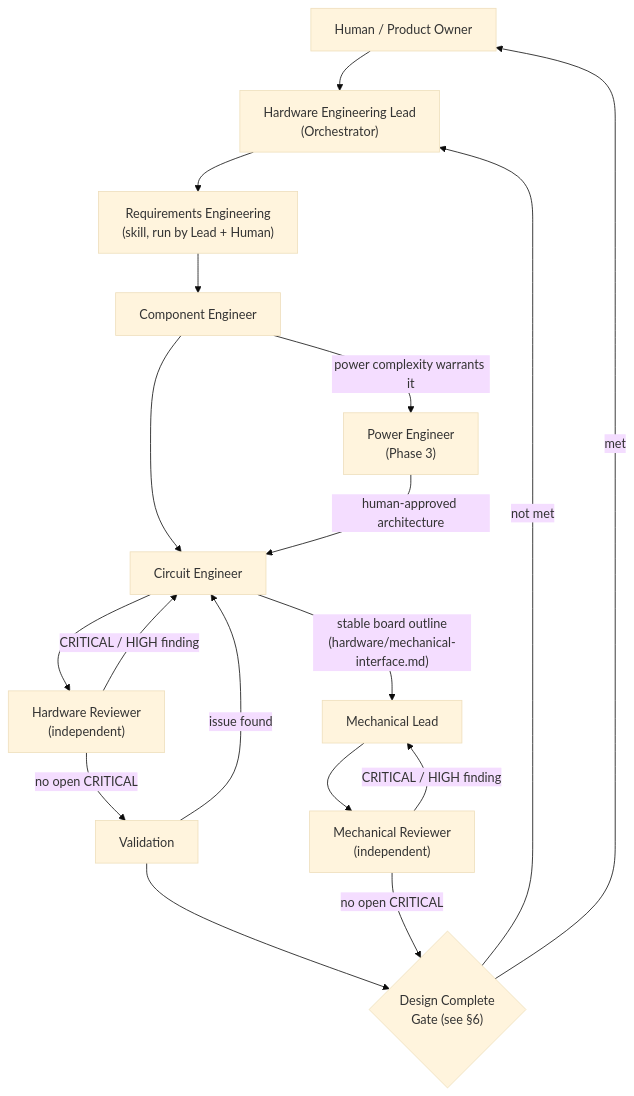
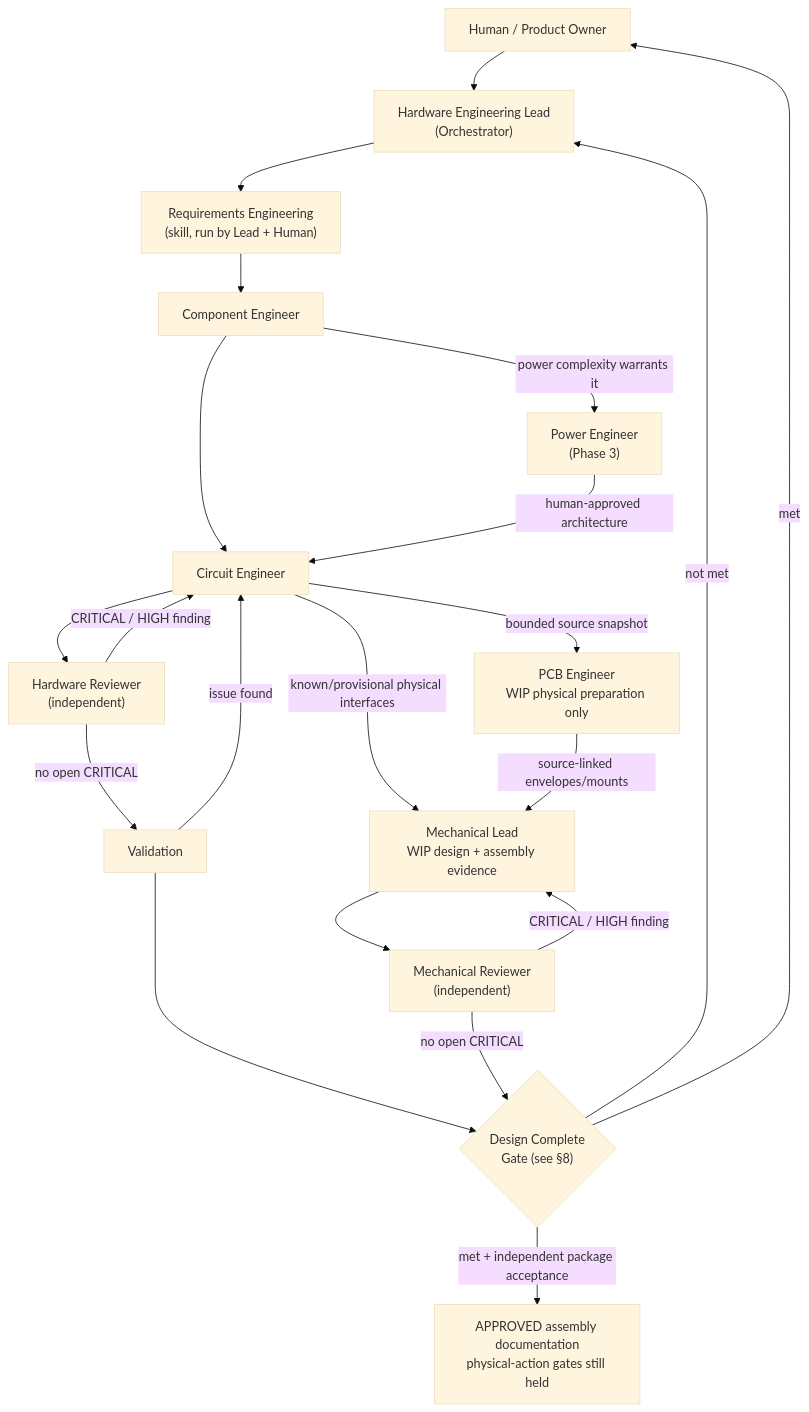
One commit to ktanino10/ai-hardware-engineering-team changed the diagram in docs/architecture.md. Above: the diagram before and after it, drawn with Mermaid (base theme). The commit also changed other lines of this file and 9 other files, not shown here.

First line of the commit message:
fix(workflow): guard evidence paths and scope early PCB preparation

````diff
--- a/docs/architecture.md
+++ b/docs/architecture.md
@@ -27,20 +27,23 @@
 ```mermaid
 flowchart TD
     H["Human / Product Owner"] --> L["Hardware Engineering Lead\n(Orchestrator)"]
     L --> RE["Requirements Engineering\n(skill, run by Lead + Human)"]
     RE --> CE["Component Engineer"]
     CE --> CIR["Circuit Engineer"]
     CE -- "power complexity warrants it" --> PE["Power Engineer\n(Phase 3)"]
     PE -- "human-approved architecture" --> CIR
     CIR --> REV["Hardware Reviewer\n(independent)"]
     REV -- "CRITICAL / HIGH finding" --> CIR
     REV -- "no open CRITICAL" --> VAL["Validation"]
     VAL -- "issue found" --> CIR
-    VAL --> GATE{"Design Complete\nGate (see §6)"}
-    CIR -- "stable board outline\n(hardware/mechanical-interface.md)" --> ML["Mechanical Lead"]
+    VAL --> GATE{"Design Complete\nGate (see §8)"}
+    CIR -- "known/provisional physical interfaces" --> ML["Mechanical Lead\nWIP design + assembly evidence"]
+    CIR -- "bounded source snapshot" --> PCBWIP["PCB Engineer\nWIP physical preparation only"]
+    PCBWIP -- "source-linked envelopes/mounts" --> ML
     ML --> MREV["Mechanical Reviewer\n(independent)"]
     MREV -- "CRITICAL / HIGH finding" --> ML
     MREV -- "no open CRITICAL" --> GATE
     GATE -- "not met" --> L
     GATE -- "met" --> H
+    GATE -- "met + independent package acceptance" --> DOC["APPROVED assembly documentation\nphysical-action gates still held"]
 ```
````
